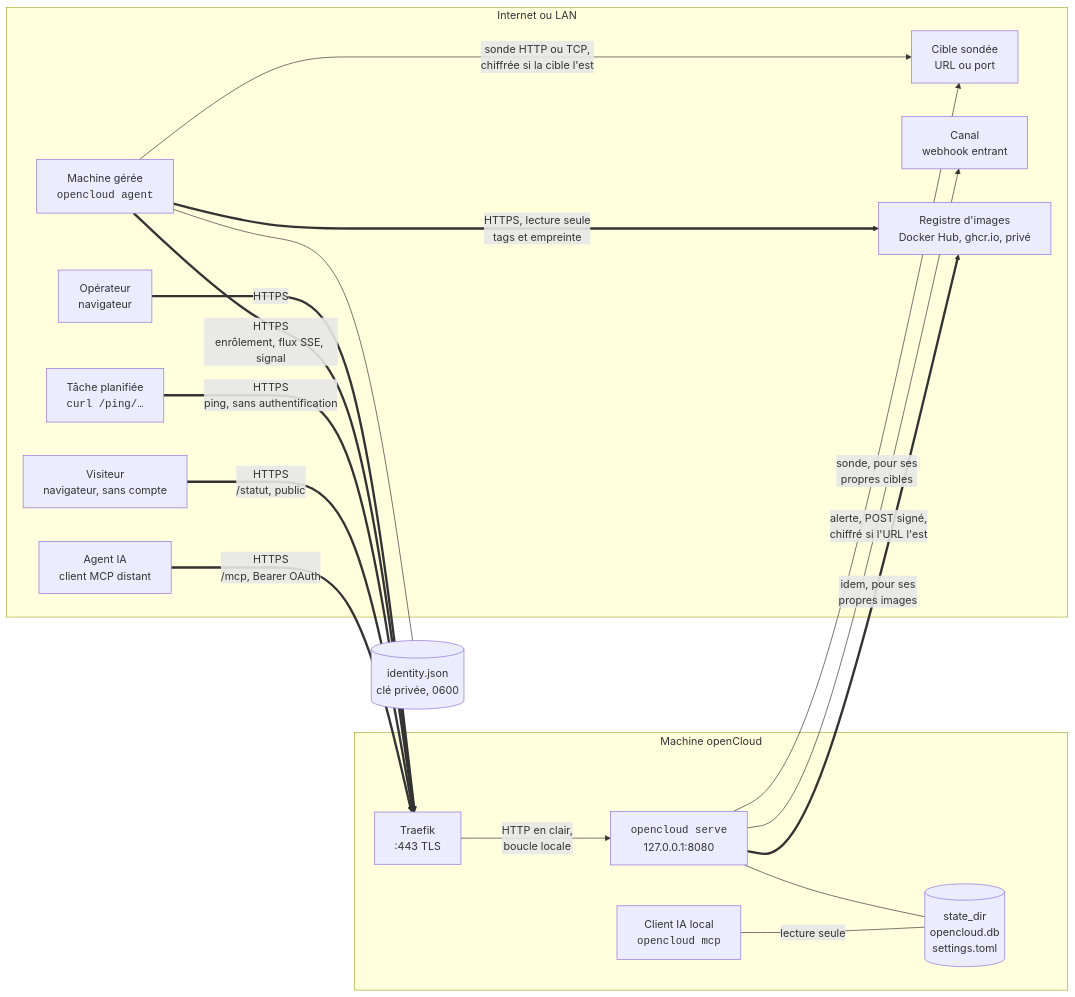
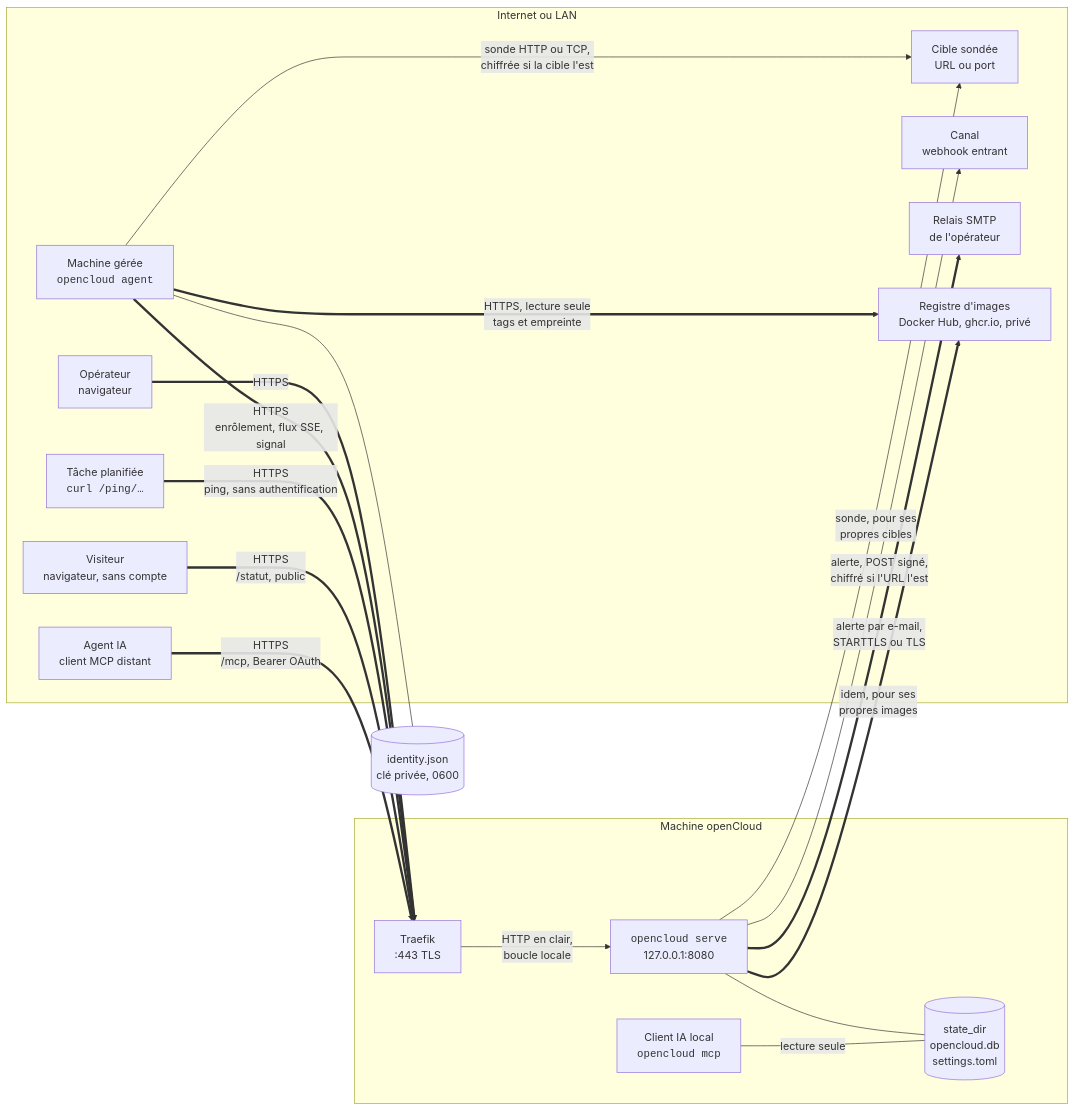
Before and after one commit to ldesfontaine/opencloud: the diagram in docs/projet/22-fonctionnement.md, drawn with Mermaid. The commit also changed other lines of this file and 40 other files, not shown here.

Commit message:
feat(alertes): canal e-mail par un relais SMTP choisi par l'opérateur

````diff
--- a/docs/projet/22-fonctionnement.md
+++ b/docs/projet/22-fonctionnement.md
@@ -28,33 +29,35 @@
 ```mermaid
 flowchart LR
     subgraph internet["Internet ou LAN"]
         op["Opérateur<br>navigateur"]
         ag["Machine gérée<br><code>opencloud agent</code>"]
         job["Tâche planifiée<br><code>curl /ping/…</code>"]
         tgt["Cible sondée<br>URL ou port"]
         vis["Visiteur<br>navigateur, sans compte"]
         hook["Canal<br>webhook entrant"]
+        smtp["Relais SMTP<br>de l'opérateur"]
         reg["Registre d'images<br>Docker Hub, ghcr.io, privé"]
         ai["Agent IA<br>client MCP distant"]
     end
     subgraph oc["Machine openCloud"]
         tr["Traefik<br>:443 TLS"]
         srv["<code>opencloud serve</code><br>127.0.0.1:8080"]
         db[("state_dir<br>opencloud.db<br>settings.toml")]
         cli["Client IA local<br><code>opencloud mcp</code>"]
         tr -- "HTTP en clair,<br>boucle locale" --> srv
         srv --- db
         cli -- "lecture seule" --- db
     end
     op == "HTTPS" ==> tr
     ag == "HTTPS<br>enrôlement, flux SSE, signal" ==> tr
     job == "HTTPS<br>ping, sans authentification" ==> tr
     vis == "HTTPS<br>/statut, public" ==> tr
     ai == "HTTPS<br>/mcp, Bearer OAuth" ==> tr
     ag -- "sonde HTTP ou TCP,<br>chiffrée si la cible l'est" --> tgt
     srv -- "sonde, pour ses<br>propres cibles" --> tgt
     srv -- "alerte, POST signé,<br>chiffré si l'URL l'est" --> hook
+    srv == "alerte par e-mail,<br>STARTTLS ou TLS" ==> smtp
     ag == "HTTPS, lecture seule<br>tags et empreinte" ==> reg
     srv == "idem, pour ses<br>propres images" ==> reg
     ag --- id[("identity.json<br>clé privée, 0600")]
 ```
````
